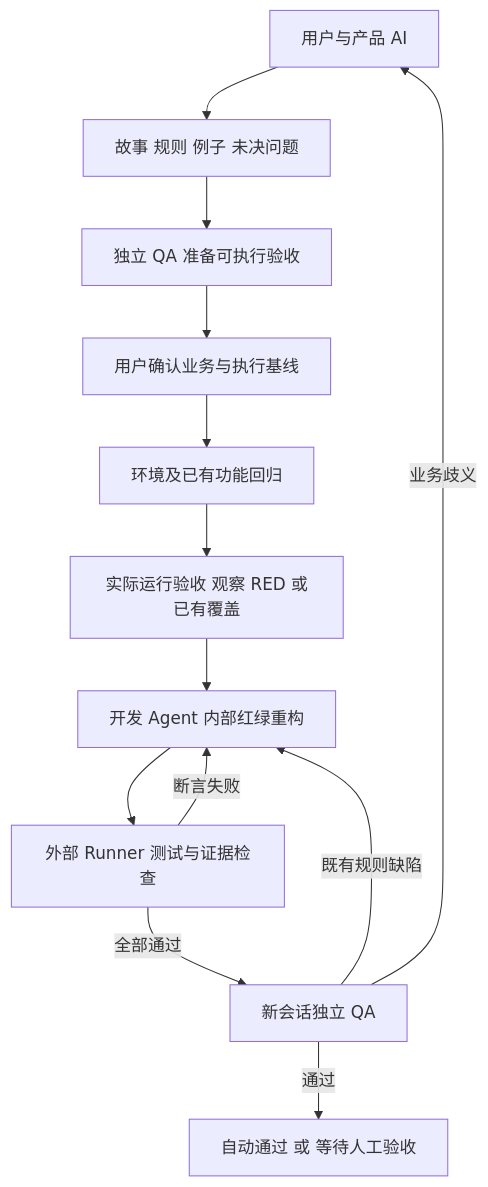
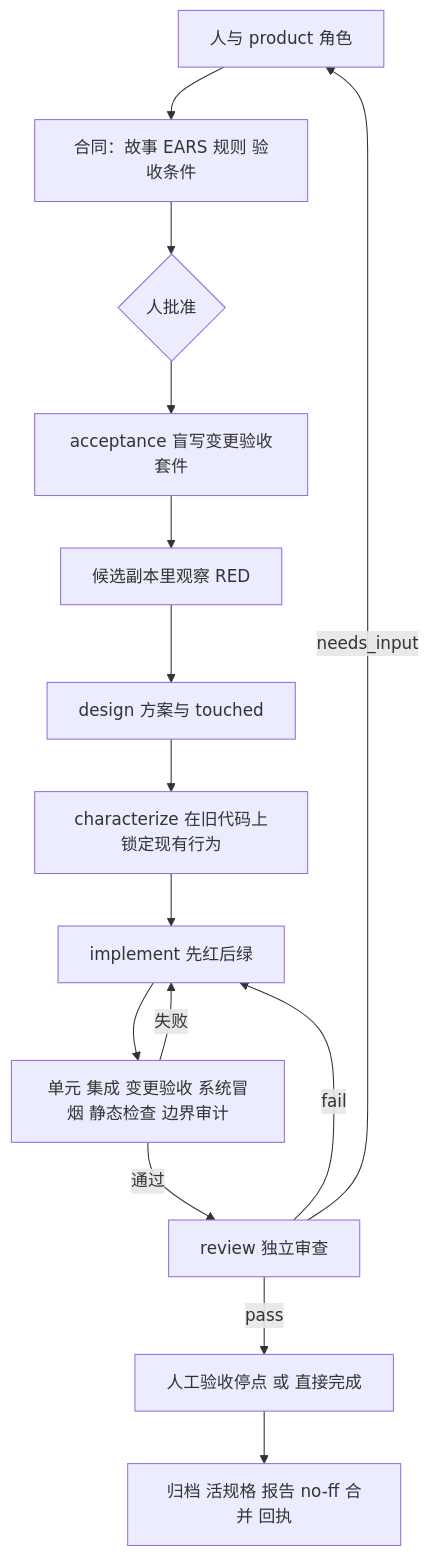
The diagram in docs/architecture.md (jinlin725168-ai/storyloop), drawn with Mermaid before and after one commit. The commit also changed other lines of this file and 85 other files, not shown here.

````diff
--- a/docs/architecture.md
+++ b/docs/architecture.md
@@ -5,15 +5,17 @@
 ```mermaid
 flowchart TD
-    U[用户与产品 AI] --> P[故事 规则 例子 未决问题]
-    P --> Q[独立 QA 准备可执行验收]
-    Q --> A[用户确认业务与执行基线]
-    A --> H[环境及已有功能回归]
-    H --> R[实际运行验收 观察 RED 或已有覆盖]
-    R --> D[开发 Agent 内部红绿重构]
-    D --> V[外部 Runner 测试与证据检查]
-    V -->|断言失败| D
-    V -->|全部通过| E[新会话独立 QA]
-    E -->|既有规则缺陷| D
-    E -->|业务歧义| U
-    E -->|通过| M[自动通过 或 等待人工验收]
+    U[人与 product 角色] --> C[合同：故事 EARS 规则 验收条件]
+    C --> H{人批准}
+    H --> A[acceptance 盲写变更验收套件]
+    A --> R[候选副本里观察 RED]
+    R --> D[design 方案与 touched]
+    D --> K[characterize 在旧代码上锁定现有行为]
+    K --> I[implement 先红后绿]
+    I --> V[单元 集成 变更验收 系统冒烟 静态检查 边界审计]
+    V -->|失败| I
+    V -->|通过| W[review 独立审查]
+    W -->|fail| I
+    W -->|needs_input| U
+    W -->|pass| M[人工验收停点 或 直接完成]
+    M --> F[归档 活规格 报告 no-ff 合并 回执]
 ```
````
